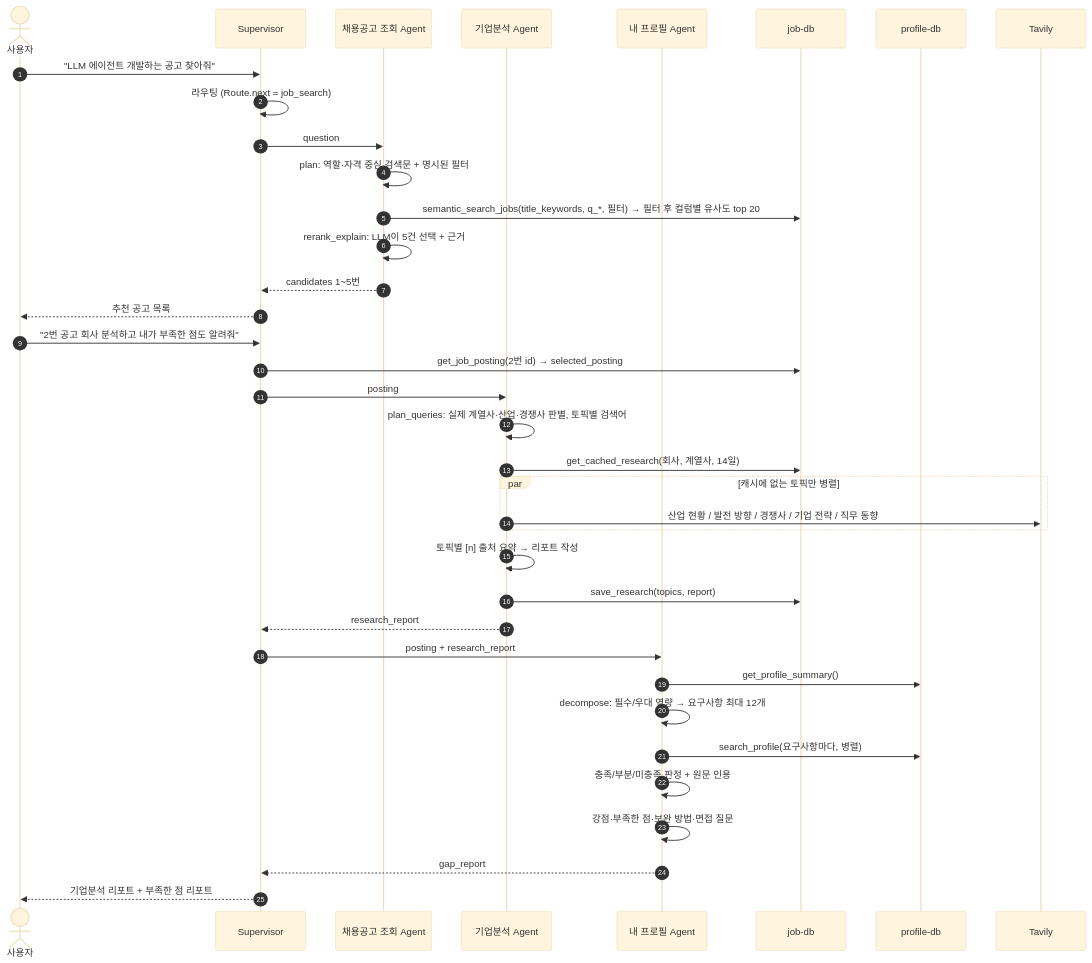
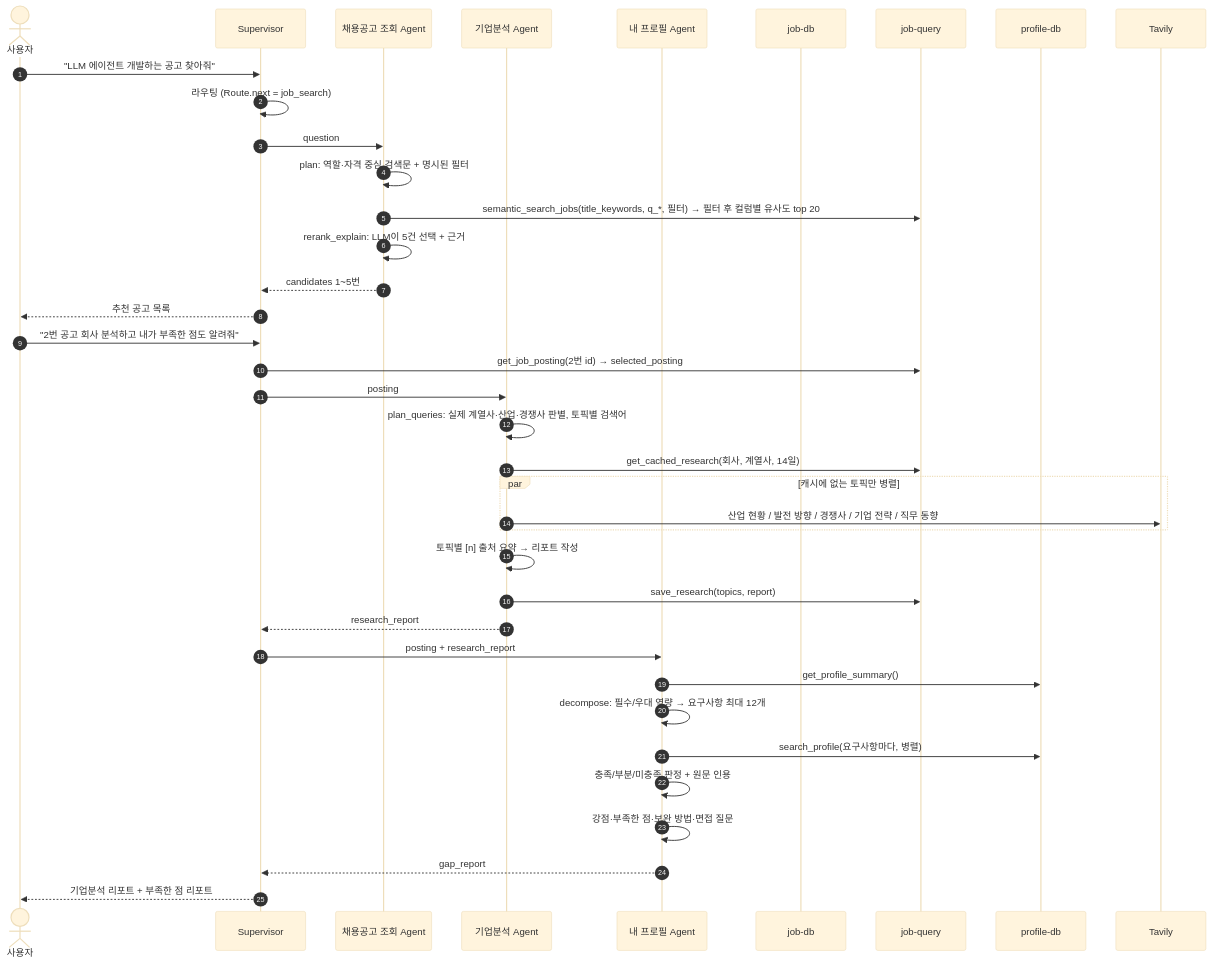
The fourth of 5 diagrams in README.md (hymn-fly/recruit-posting-agent), drawn with Mermaid (base theme) before and after one commit. The commit also changed other lines of this file and 12 other files, not shown here.

````diff
--- a/README.md
+++ b/README.md
@@ -179,41 +184,42 @@
 ```mermaid
 sequenceDiagram
     autonumber
     actor U as 사용자
     participant SV as Supervisor
     participant JS as 채용공고 조회 Agent
     participant CR as 기업분석 Agent
     participant PG as 내 프로필 Agent
     participant JDB as job-db
+    participant JQ as job-query
     participant PDB as profile-db
     participant TAV as Tavily
 
     U->>SV: "LLM 에이전트 개발하는 공고 찾아줘"
     SV->>SV: 라우팅 (Route.next = job_search)
     SV->>JS: question
     JS->>JS: plan: 역할·자격 중심 검색문 + 명시된 필터
-    JS->>JDB: semantic_search_jobs(title_keywords, q_*, 필터) → 필터 후 컬럼별 유사도 top 20
+    JS->>JQ: semantic_search_jobs(title_keywords, q_*, 필터) → 필터 후 컬럼별 유사도 top 20
     JS->>JS: rerank_explain: LLM이 5건 선택 + 근거
     JS-->>SV: candidates 1~5번
     SV-->>U: 추천 공고 목록
 
     U->>SV: "2번 공고 회사 분석하고 내가 부족한 점도 알려줘"
-    SV->>JDB: get_job_posting(2번 id) → selected_posting
+    SV->>JQ: get_job_posting(2번 id) → selected_posting
     SV->>CR: posting
     CR->>CR: plan_queries: 실제 계열사·산업·경쟁사 판별, 토픽별 검색어
-    CR->>JDB: get_cached_research(회사, 계열사, 14일)
+    CR->>JQ: get_cached_research(회사, 계열사, 14일)
     par 캐시에 없는 토픽만 병렬
         CR->>TAV: 산업 현황 / 발전 방향 / 경쟁사 / 기업 전략 / 직무 동향
     end
     CR->>CR: 토픽별 [n] 출처 요약 → 리포트 작성
-    CR->>JDB: save_research(topics, report)
+    CR->>JQ: save_research(topics, report)
     CR-->>SV: research_report
     SV->>PG: posting + research_report
     PG->>PDB: get_profile_summary()
     PG->>PG: decompose: 필수/우대 역량 → 요구사항 최대 12개
     PG->>PDB: search_profile(요구사항마다, 병렬)
     PG->>PG: 충족/부분/미충족 판정 + 원문 인용
     PG->>PG: 강점·부족한 점·보완 방법·면접 질문
     PG-->>SV: gap_report
     SV-->>U: 기업분석 리포트 + 부족한 점 리포트
 ```
````
